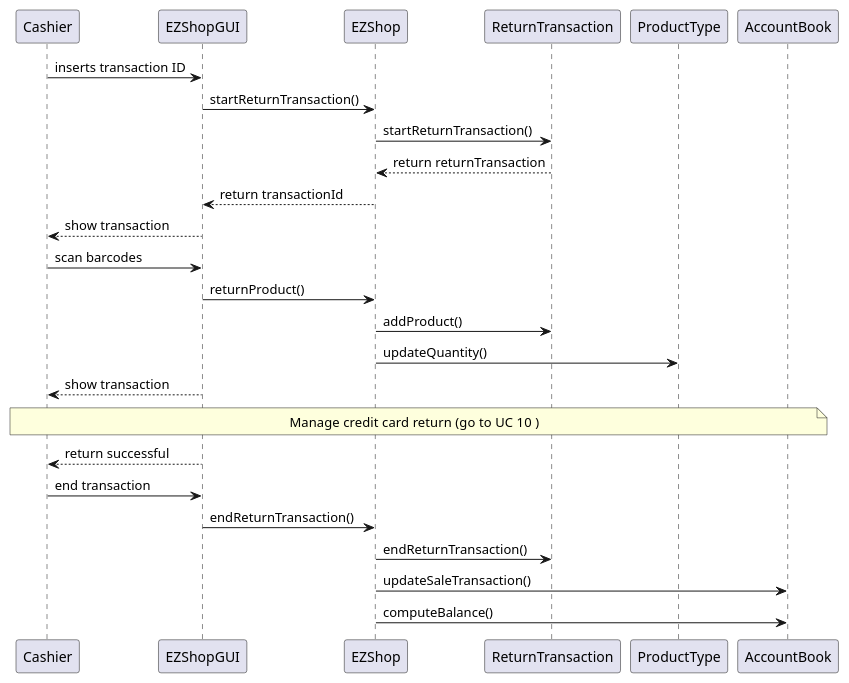
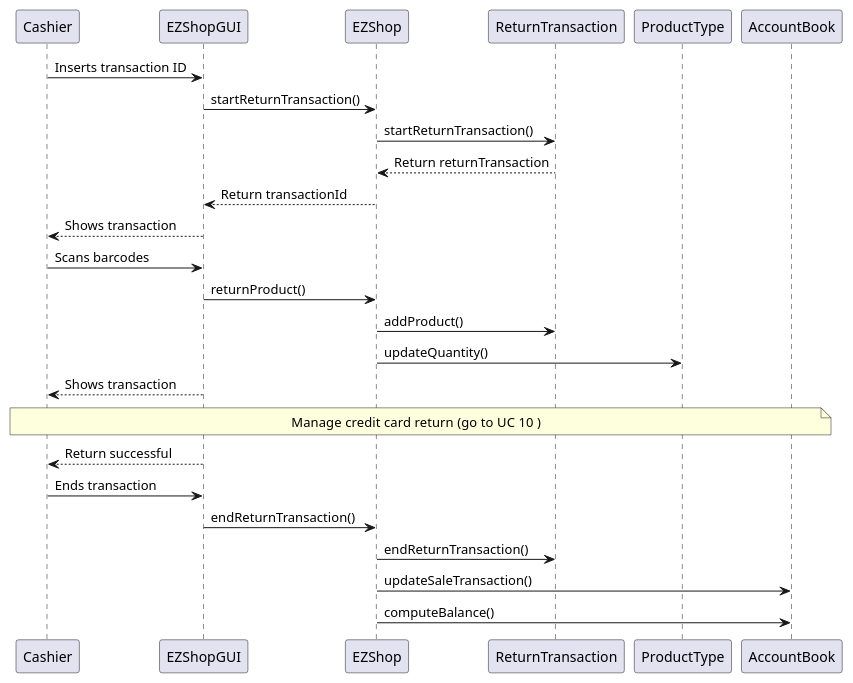
One commit to polito-se2-21-r03/se1-ezshop changed diagram 11 of 13 in Deliverables/DesignDocument.md. Above: the diagram before and after it, drawn with PlantUML. The commit also changed other lines of this file, not shown here.

````diff
--- a/Deliverables/DesignDocument.md
+++ b/Deliverables/DesignDocument.md
@@ -484,28 +484,28 @@
 ```plantuml
 
-Cashier -> EZShopGUI: inserts transaction ID
+Cashier -> EZShopGUI: Inserts transaction ID
 EZShopGUI -> EZShop: startReturnTransaction()
 EZShop -> ReturnTransaction: startReturnTransaction()
-ReturnTransaction --> EZShop: return returnTransaction
-EZShop --> EZShopGUI: return transactionId
-EZShopGUI --> Cashier : show transaction
-Cashier -> EZShopGUI: scan barcodes
+ReturnTransaction --> EZShop: Return returnTransaction
+EZShop --> EZShopGUI: Return transactionId
+EZShopGUI --> Cashier : Shows transaction
+Cashier -> EZShopGUI: Scans barcodes
 EZShopGUI -> EZShop: returnProduct()
 EZShop -> ReturnTransaction: addProduct()
 EZShop -> ProductType: updateQuantity()
-EZShopGUI --> Cashier: show transaction
+EZShopGUI --> Cashier: Shows transaction
 
 note over Cashier, AccountBook
 Manage credit card return  (go to UC 10 )
 end note
 
-EZShopGUI --> Cashier: return successful
-Cashier -> EZShopGUI: end transaction
+EZShopGUI --> Cashier: Return successful
+Cashier -> EZShopGUI: Ends transaction
 EZShopGUI -> EZShop: endReturnTransaction()
 EZShop -> ReturnTransaction: endReturnTransaction()
 EZShop -> AccountBook: updateSaleTransaction()
 EZShop -> AccountBook: computeBalance()
 
 
 
 ```
````
